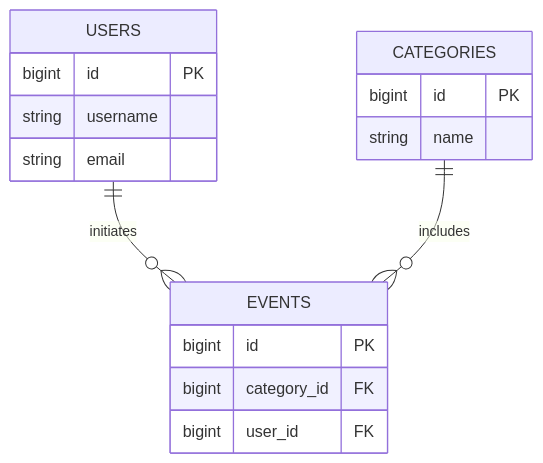
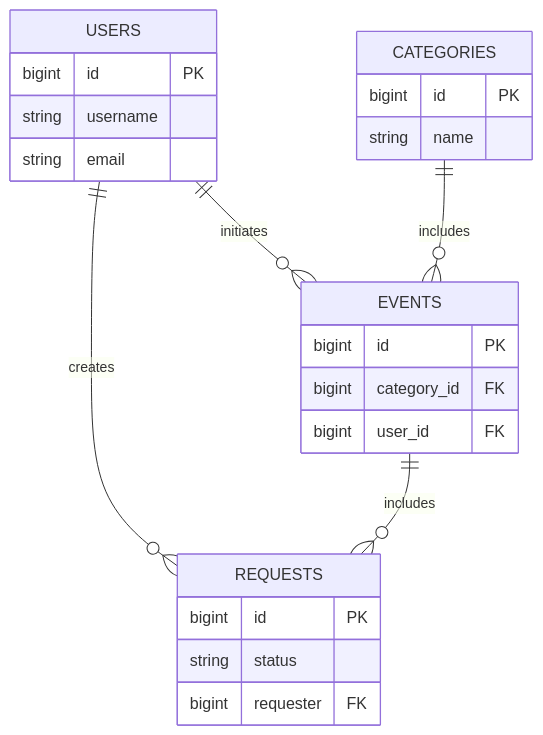
One commit to patonik/java-explore-with-me-plus changed the diagram in main-service/README.MD. Above: the diagram before and after it, drawn with Mermaid. The commit also changed 24 other files, not shown here.

````diff
--- a/main-service/README.MD
+++ b/main-service/README.MD
@@ -6,19 +6,26 @@
 ```mermaid
 erDiagram
     USERS ||--o{ EVENTS: initiates
+    USERS ||--o{ REQUESTS: creates
+    EVENTS ||--o{ REQUESTS: includes
     CATEGORIES ||--o{ EVENTS: includes
     USERS {
         bigint id PK
         string username
         string email
     }
     CATEGORIES {
         bigint id PK
         string name
     }
     EVENTS {
         bigint id PK
         bigint category_id FK
         bigint user_id FK
     }
+    REQUESTS {
+        bigint id PK
+        string status
+        bigint requester FK
+    }
 ```
````
